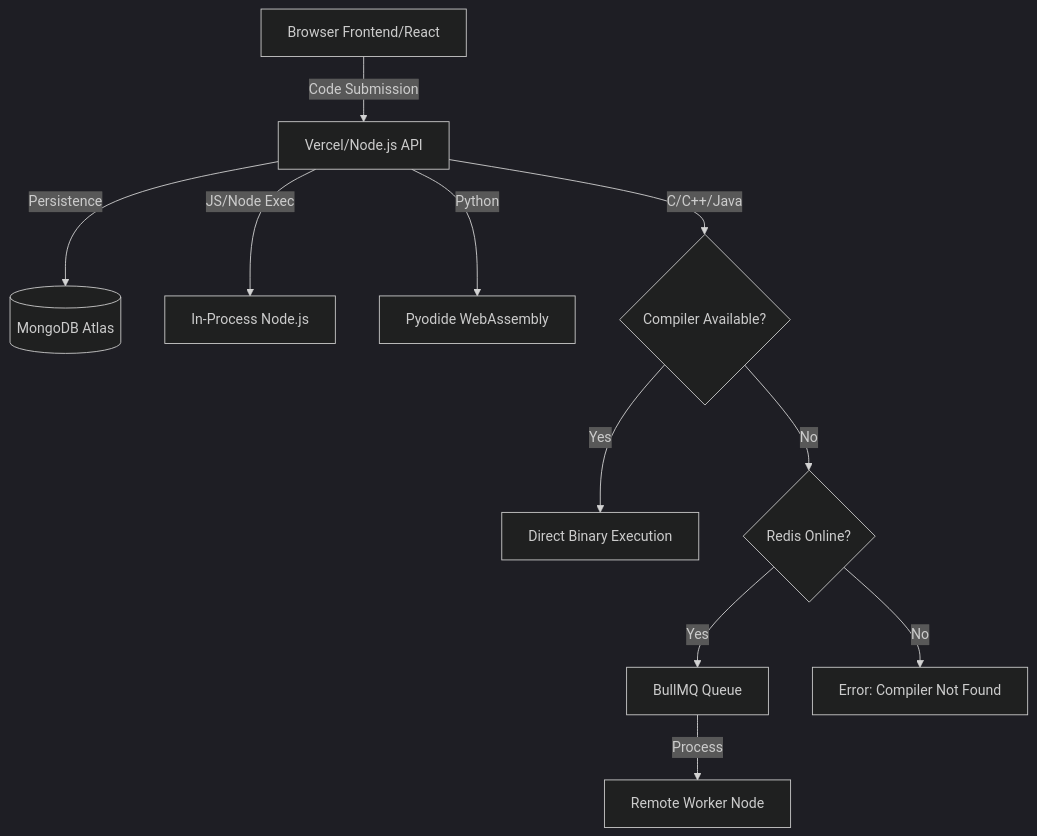
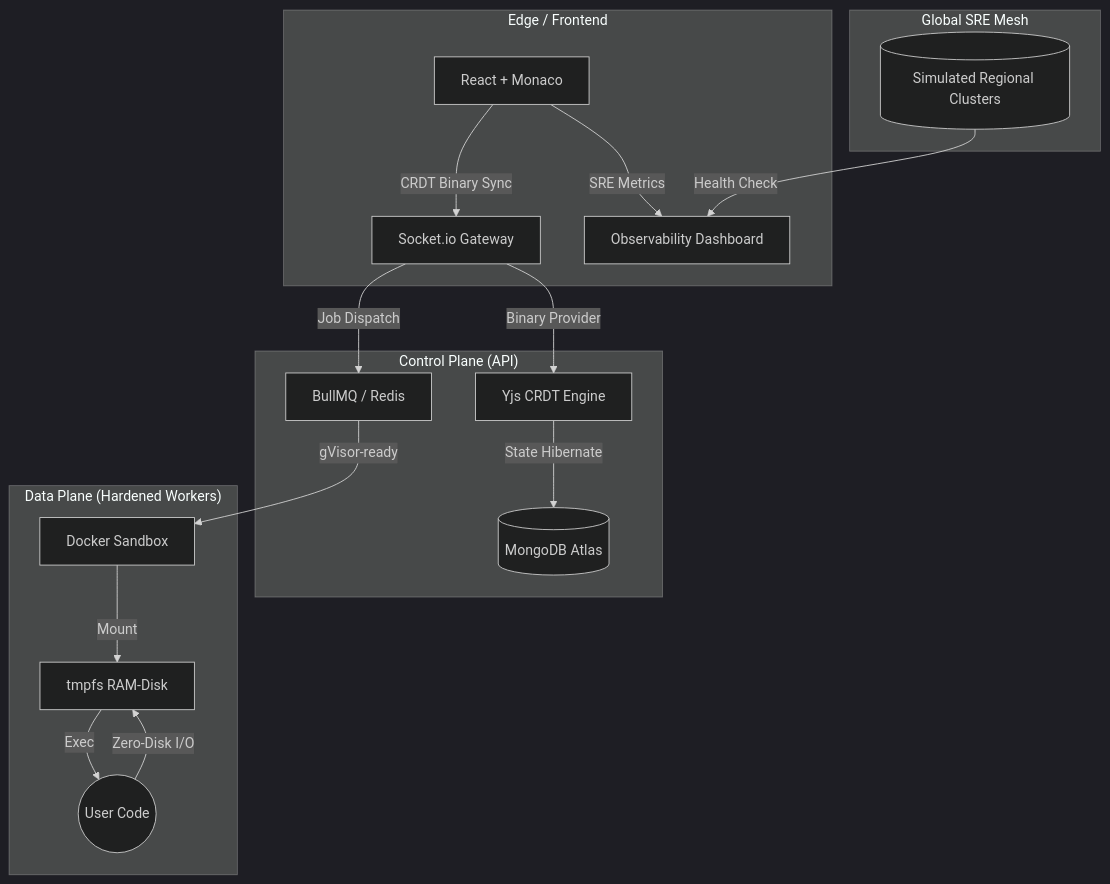
Before and after one commit to syedmukheeth/Liquid-IDE: the diagram in README.md, drawn with Mermaid (dark theme). The commit also changed other lines of this file and 5 other files, not shown here.

Commit message:
feat: phase 3 complete - enterprise SRE-ready with binary persistence, multi-region dashboard, and mermaid architecture docs

````diff
--- a/README.md
+++ b/README.md
@@ -35,16 +22,25 @@
 ```mermaid
 graph TD
-    Client[Browser Frontend/React] -->|Code Submission| API[Vercel/Node.js API]
-    API -->|Persistence| DB[(MongoDB Atlas)]
-    
-    API -->|JS/Node Exec| Direct[In-Process Node.js]
-    API -->|Python| Pyodide[Pyodide WebAssembly]
-    
-    API -->|C/C++/Java| Check{Compiler Available?}
-    Check -->|Yes| DirectLocal[Direct Binary Execution]
-    Check -->|No| Redis{Redis Online?}
-    
-    Redis -->|Yes| Queue[BullMQ Queue]
-    Queue -->|Process| Worker[Remote Worker Node]
-    Redis -->|No| Fail[Error: Compiler Not Found]
+    subgraph "Edge / Frontend"
+        Client[React + Monaco] -->|CRDT Binary Sync| Socket[Socket.io Gateway]
+        Client -->|SRE Metrics| Telemetry[Observability Dashboard]
+    end
+
+    subgraph "Control Plane (API)"
+        Socket -->|Binary Provider| Yjs[Yjs CRDT Engine]
+        Yjs -->|State Hibernate| DB[(MongoDB Atlas)]
+        Socket -->|Job Dispatch| Queue[BullMQ / Redis]
+    end
+
+    subgraph "Data Plane (Hardened Workers)"
+        Queue -->|gVisor-ready| Docker[Docker Sandbox]
+        Docker -->|Mount| RAM[tmpfs RAM-Disk]
+        RAM -->|Exec| Code((User Code))
+        Code -->|Zero-Disk I/O| RAM
+    end
+
+    subgraph "Global SRE Mesh"
+        Tele[(Simulated Regional Clusters)]
+        Tele -->|Health Check| Telemetry
+    end
 ```
````
